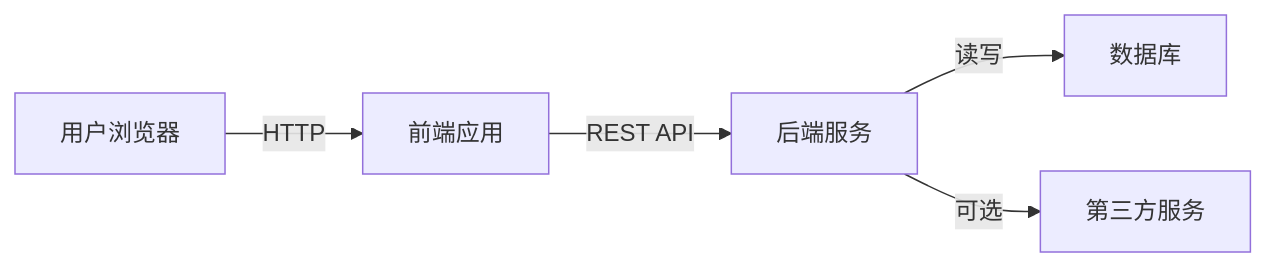
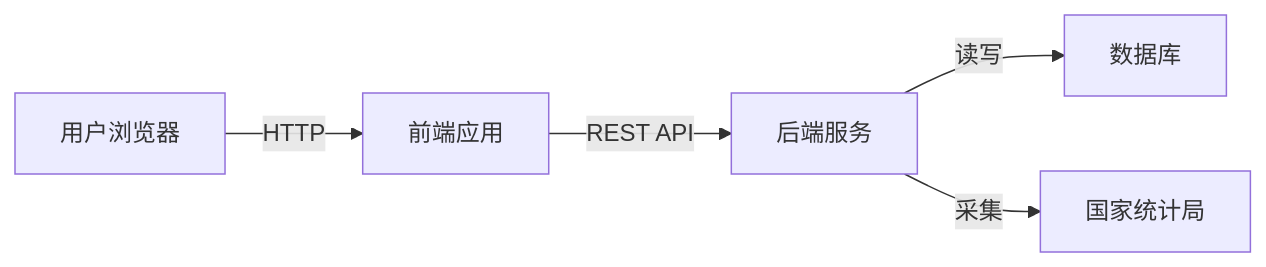
The first of 3 diagrams in doc/design/index.md (hhyouyou/eaves), drawn with Mermaid before and after one commit. The commit also changed other lines of this file and 8 other files, not shown here.

````diff
--- a/doc/design/index.md
+++ b/doc/design/index.md
@@ -9,7 +9,7 @@
 ```mermaid
 graph LR
     A[用户浏览器] -->|HTTP| B[前端应用]
     B -->|REST API| C[后端服务]
     C -->|读写| D[数据库]
-    C -->|可选| E[第三方服务]
+    C -->|采集| E[国家统计局]
 ```
````
